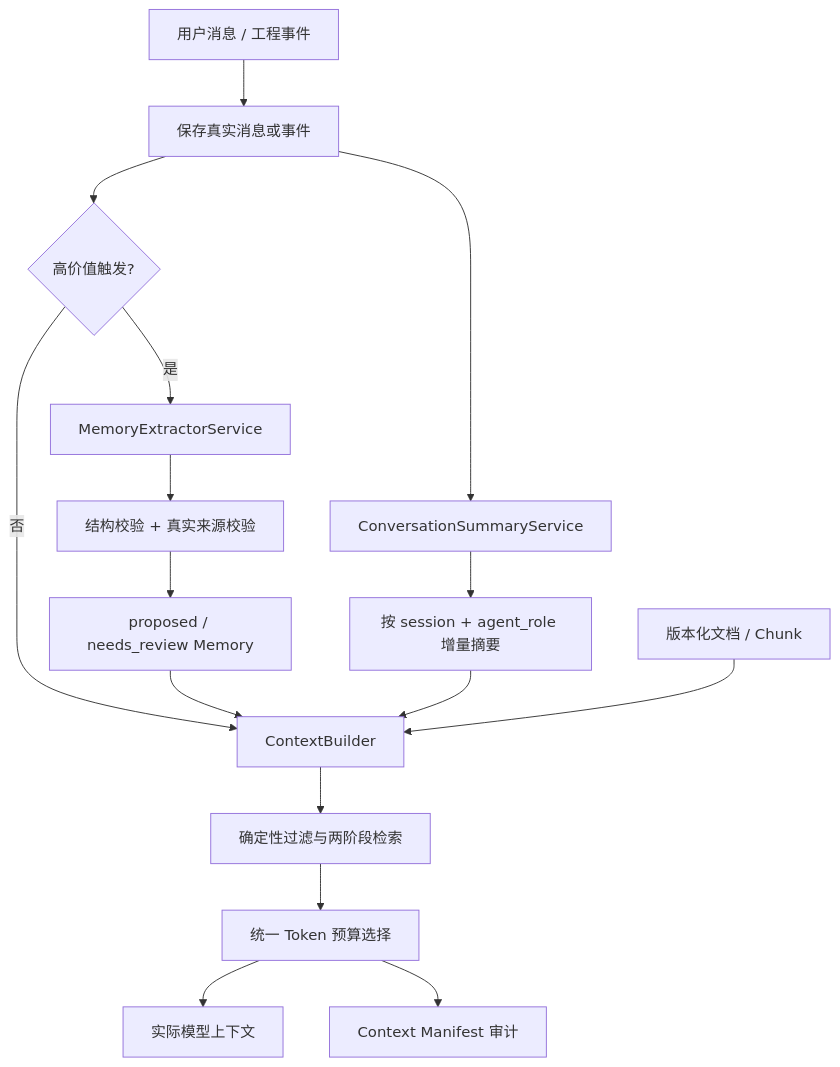
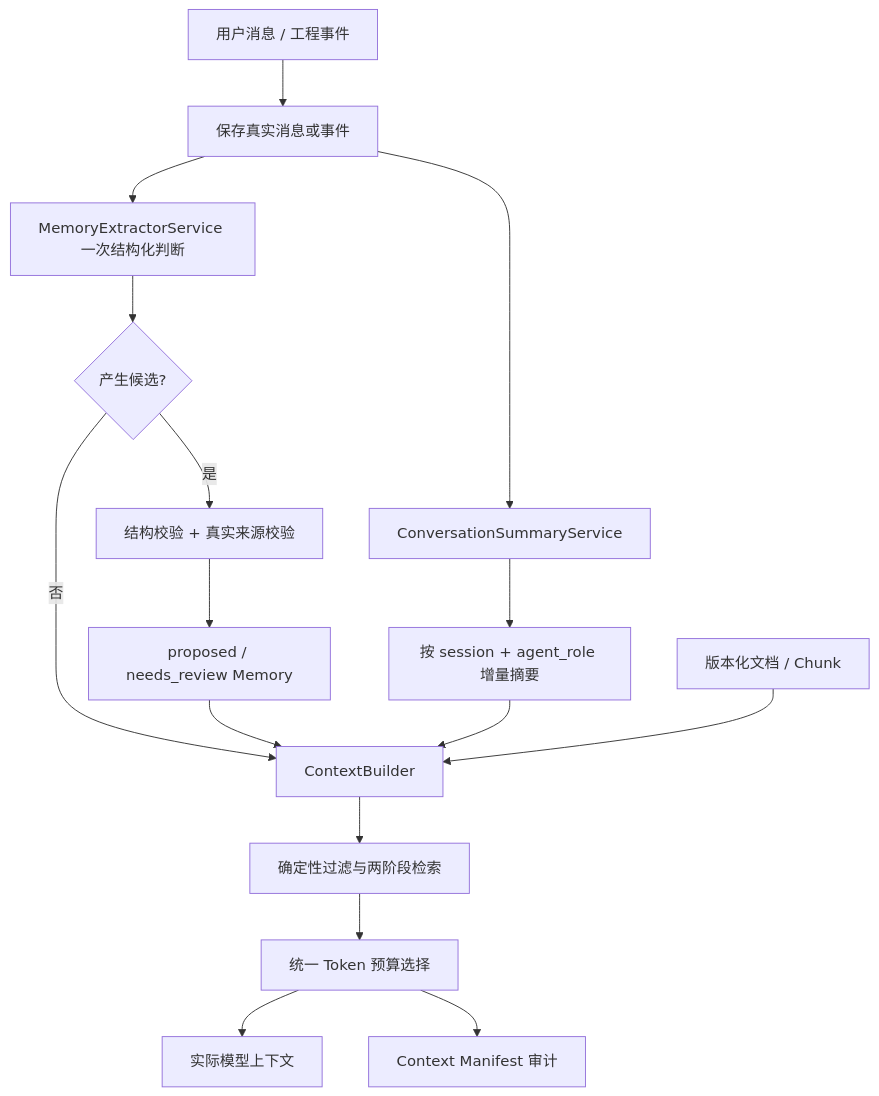
One commit to yaowensial-g/chipDesignAgent changed the first of 2 diagrams in docs/context-and-memory.md. Above: the diagram before and after it, drawn with Mermaid. The commit also changed other lines of this file and 10 other files, not shown here.

````diff
--- a/docs/context-and-memory.md
+++ b/docs/context-and-memory.md
@@ -20,18 +20,18 @@
 ```mermaid
 flowchart TD
     U[用户消息 / 工程事件] --> P[保存真实消息或事件]
-    P --> X{高价值触发?}
+    P --> E[MemoryExtractorService 一次结构化判断]
+    E --> X{产生候选?}
     X -- 否 --> C[ContextBuilder]
-    X -- 是 --> E[MemoryExtractorService]
-    E --> V[结构校验 + 真实来源校验]
+    X -- 是 --> V[结构校验 + 真实来源校验]
     V --> M[proposed / needs_review Memory]
     M --> C
     P --> S[ConversationSummaryService]
     S --> R[按 session + agent_role 增量摘要]
     R --> C
     D[版本化文档 / Chunk] --> C
     C --> F[确定性过滤与两阶段检索]
     F --> B[统一 Token 预算选择]
     B --> Q[实际模型上下文]
     B --> A[Context Manifest 审计]
 ```
````
